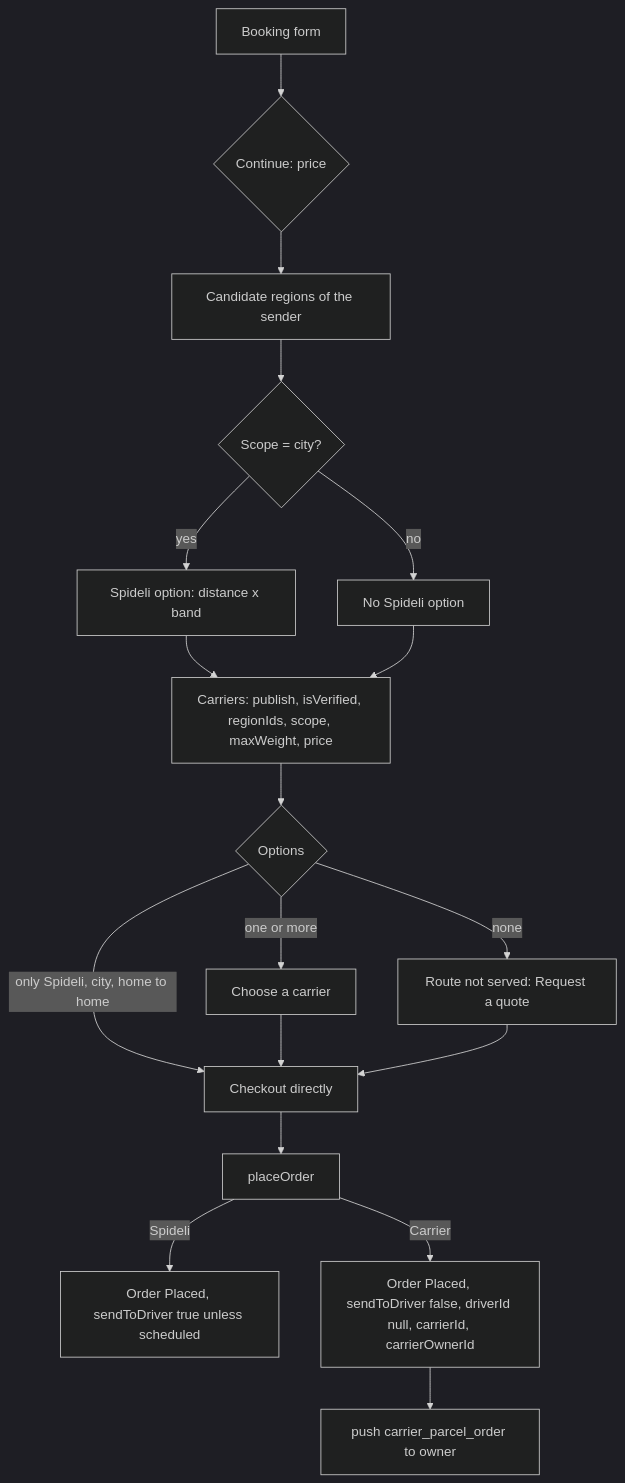
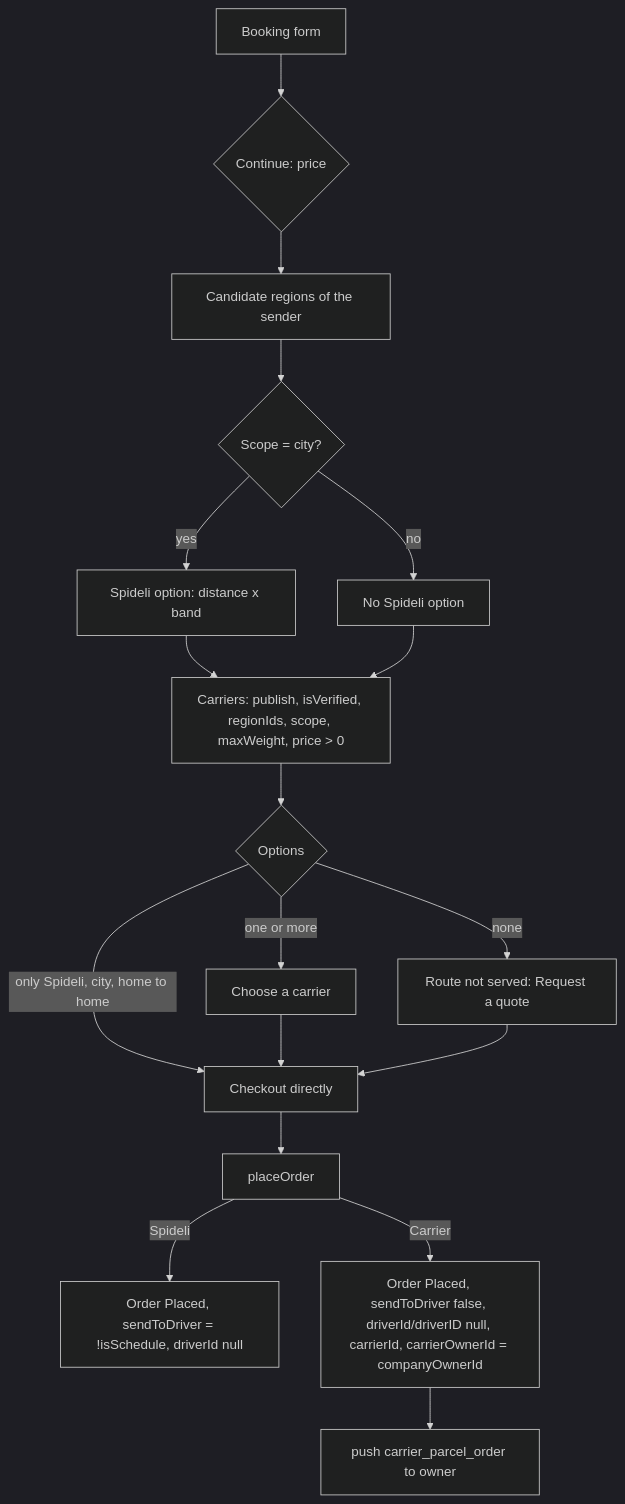
One commit to mayankmodi-siddhiinfosoft/spideli_emart changed the first of 8 diagrams in docs/PARCEL-MANAGEMENT-FLOW.md. Above: the diagram before and after it, drawn with Mermaid (dark theme). The commit also changed other lines of this file, not shown here.

Commit message:
docs: parcel management and delivery flow re-verified (carrier set-up, computed driver verification, verified-only assignment, document templates, current gaps)

````diff
--- a/docs/PARCEL-MANAGEMENT-FLOW.md
+++ b/docs/PARCEL-MANAGEMENT-FLOW.md
@@ -130,20 +156,20 @@
 ```mermaid
 flowchart TD
   A[Booking form] --> B{Continue: price}
   B --> C[Candidate regions of the sender]
   C --> D{Scope = city?}
   D -- yes --> E[Spideli option: distance x band]
   D -- no --> F[No Spideli option]
-  E --> G[Carriers: publish, isVerified, regionIds, scope, maxWeight, price]
+  E --> G[Carriers: publish, isVerified, regionIds, scope, maxWeight, price > 0]
   F --> G
   G --> H{Options}
   H -- only Spideli, city, home to home --> K[Checkout directly]
   H -- none --> Q[Route not served: Request a quote]
   H -- one or more --> S[Choose a carrier]
   S --> K
   Q --> K
   K --> P[placeOrder]
-  P -- Spideli --> P1[Order Placed, sendToDriver true unless scheduled]
-  P -- Carrier --> P2[Order Placed, sendToDriver false, driverId null, carrierId, carrierOwnerId]
+  P -- Spideli --> P1[Order Placed, sendToDriver = !isSchedule, driverId null]
+  P -- Carrier --> P2[Order Placed, sendToDriver false, driverId/driverID null, carrierId, carrierOwnerId = companyOwnerId]
   P2 --> N[push carrier_parcel_order to owner]
 ```
````
